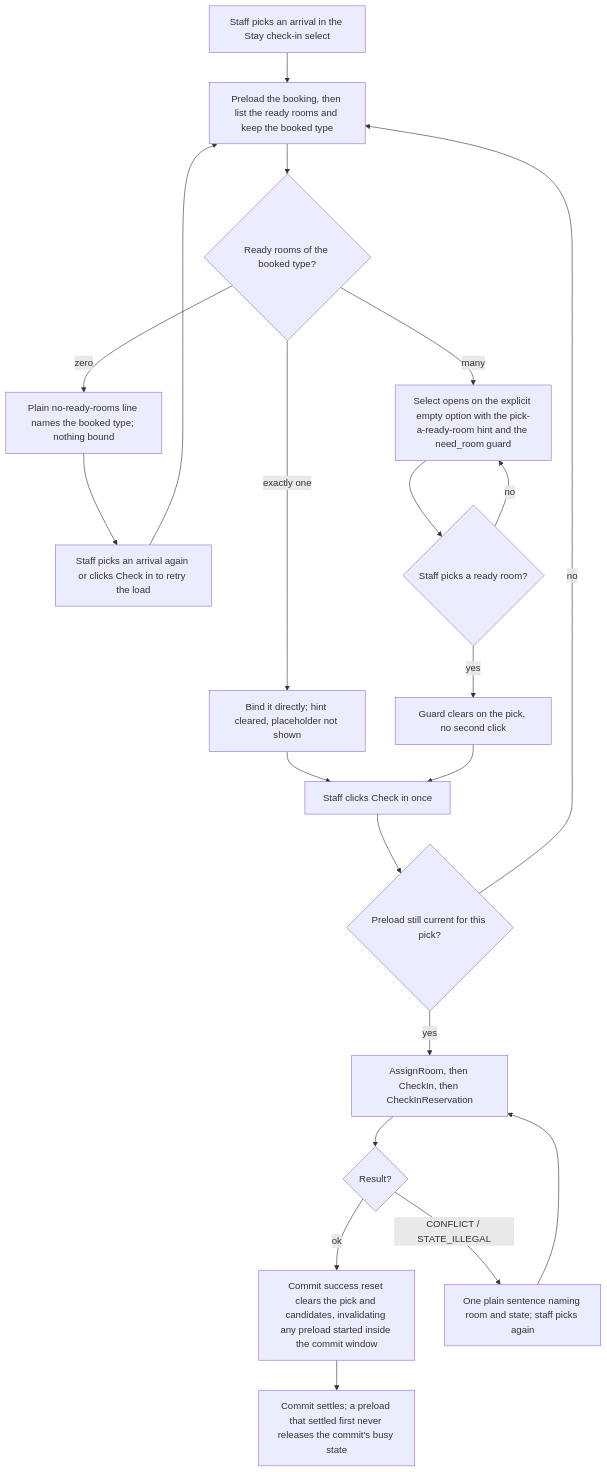
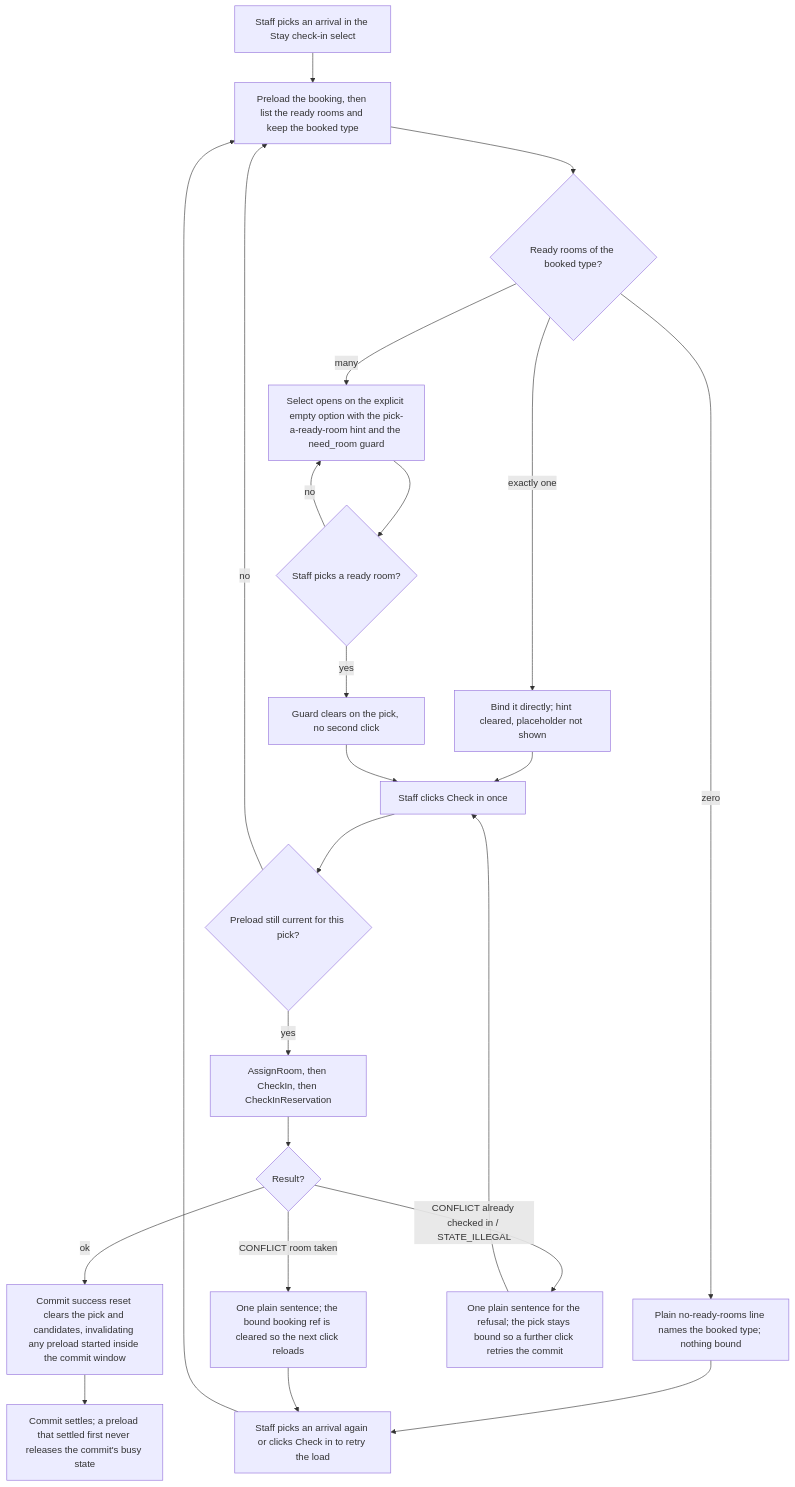
One commit to MingChen1501/hotel-mgmt changed the ninth of 32 diagrams in docs/architecture/lld.md. Above: the diagram before and after it, drawn with Mermaid. The commit also changed other lines of this file, not shown here.

First line of the commit message:
docs(architecture): Route Stay refusals and pin the remaining catches

````diff
--- a/docs/architecture/lld.md
+++ b/docs/architecture/lld.md
@@ -996,23 +996,25 @@
 ```mermaid
 flowchart TD
     A[Staff picks an arrival in the Stay check-in select] --> B[Preload the booking, then list the ready rooms and keep the booked type]
     B --> C{Ready rooms of the booked type?}
     C -->|zero| D[Plain no-ready-rooms line names the booked type; nothing bound]
     D --> R[Staff picks an arrival again or clicks Check in to retry the load]
     R --> B
     C -->|exactly one| E[Bind it directly; hint cleared, placeholder not shown]
     C -->|many| F[Select opens on the explicit empty option with the pick-a-ready-room hint and the need_room guard]
     F --> G{Staff picks a ready room?}
     G -->|no| F
     G -->|yes| H[Guard clears on the pick, no second click]
     E --> I[Staff clicks Check in once]
     H --> I
     I --> J{Preload still current for this pick?}
     J -->|no| B
     J -->|yes| K[AssignRoom, then CheckIn, then CheckInReservation]
     K --> L{Result?}
     L -->|ok| M[Commit success reset clears the pick and candidates, invalidating any preload started inside the commit window]
-    L -->|CONFLICT / STATE_ILLEGAL| N[One plain sentence naming room and state; staff picks again]
-    N --> K
+    L -->|CONFLICT room taken| N[One plain sentence; the bound booking ref is cleared so the next click reloads]
+    L -->|CONFLICT already checked in / STATE_ILLEGAL| N2[One plain sentence for the refusal; the pick stays bound so a further click retries the commit]
+    N --> R
+    N2 --> I
     M --> O[Commit settles; a preload that settled first never releases the commit's busy state]
 ```
````
